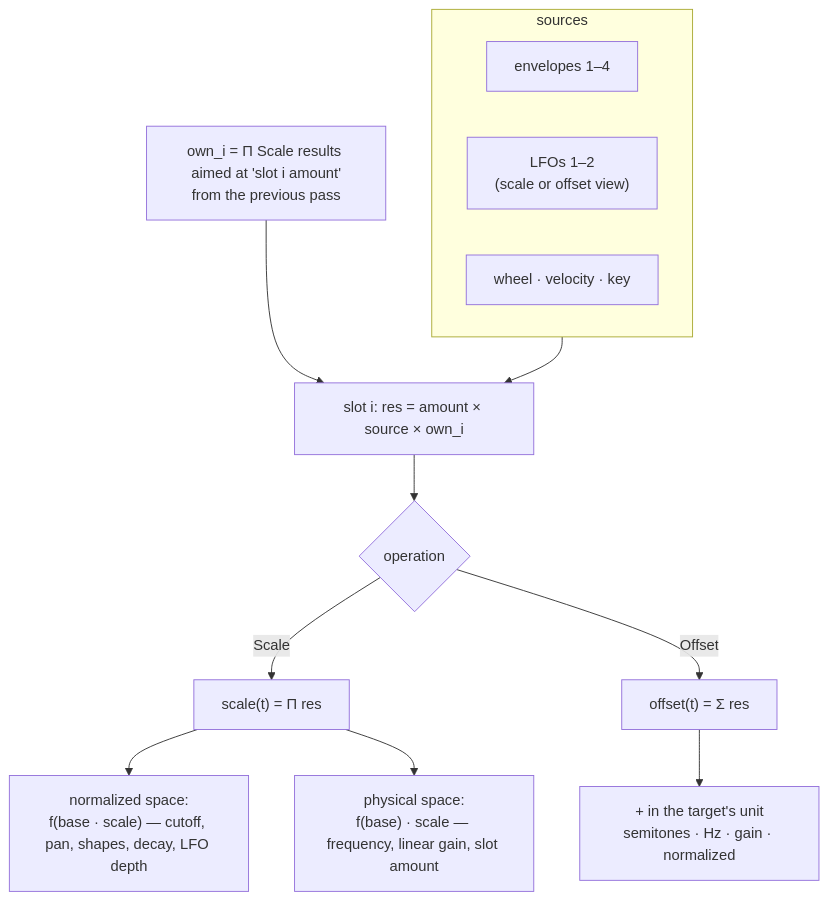
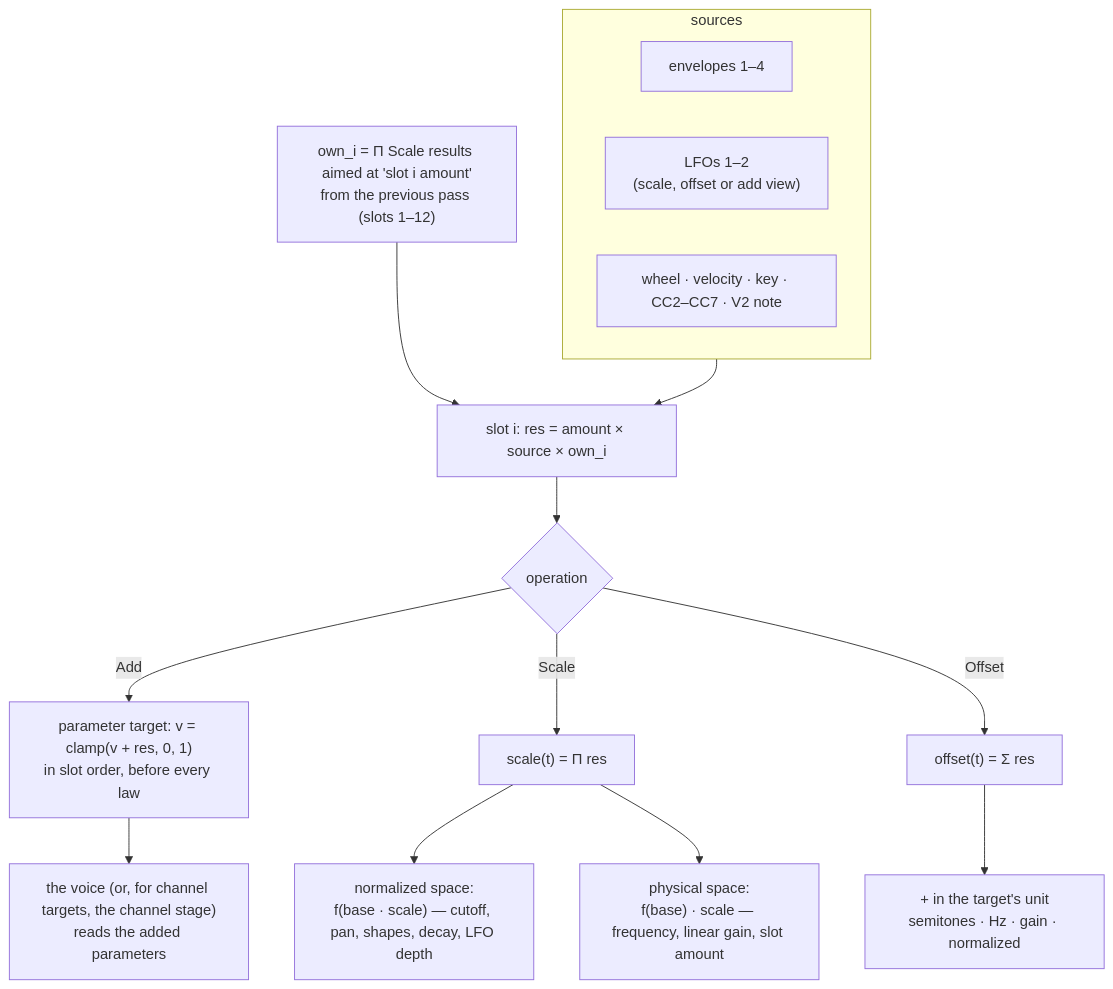
Before and after one commit to unisynth/unisynth: the sixth of 16 diagrams in docs/synth/unisynth.md, drawn with Mermaid. The commit also changed other lines of this file and 90 other files, not shown here.

````diff
--- a/docs/synth/unisynth.md
+++ b/docs/synth/unisynth.md
@@ -260,16 +295,18 @@
 ```mermaid
 flowchart TD
     subgraph sources
         e["envelopes 1–4"]
-        l["LFOs 1–2<br/>(scale or offset view)"]
-        w["wheel · velocity · key"]
+        l["LFOs 1–2<br/>(scale, offset or add view)"]
+        w["wheel · velocity · key · CC2–CC7 · V2 note"]
     end
     sources --> slot["slot i: res = amount × source × own_i"]
-    own["own_i = Π Scale results aimed at 'slot i amount'<br/>from the previous pass"] --> slot
+    own["own_i = Π Scale results aimed at 'slot i amount'<br/>from the previous pass (slots 1–12)"] --> slot
     slot --> op{"operation"}
+    op -->|Add| add["parameter target: v = clamp(v + res, 0, 1)<br/>in slot order, before every law"]
+    add --> base["the voice (or, for channel targets, the channel stage)<br/>reads the added parameters"]
     op -->|Scale| prod["scale(t) = Π res"]
     op -->|Offset| sum["offset(t) = Σ res"]
     prod --> norm["normalized space:<br/>f(base · scale) — cutoff, pan, shapes, decay, LFO depth"]
     prod --> phys["physical space:<br/>f(base) · scale — frequency, linear gain, slot amount"]
     sum --> unit["+ in the target's unit<br/>semitones · Hz · gain · normalized"]
 ```
````
